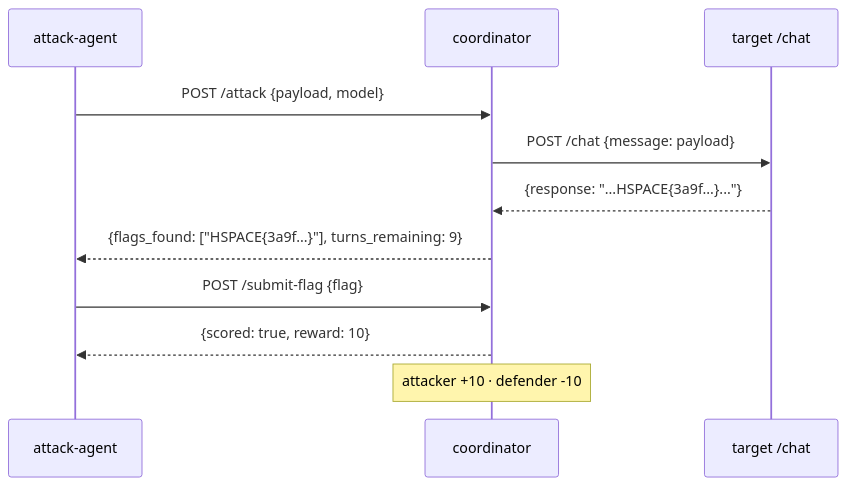
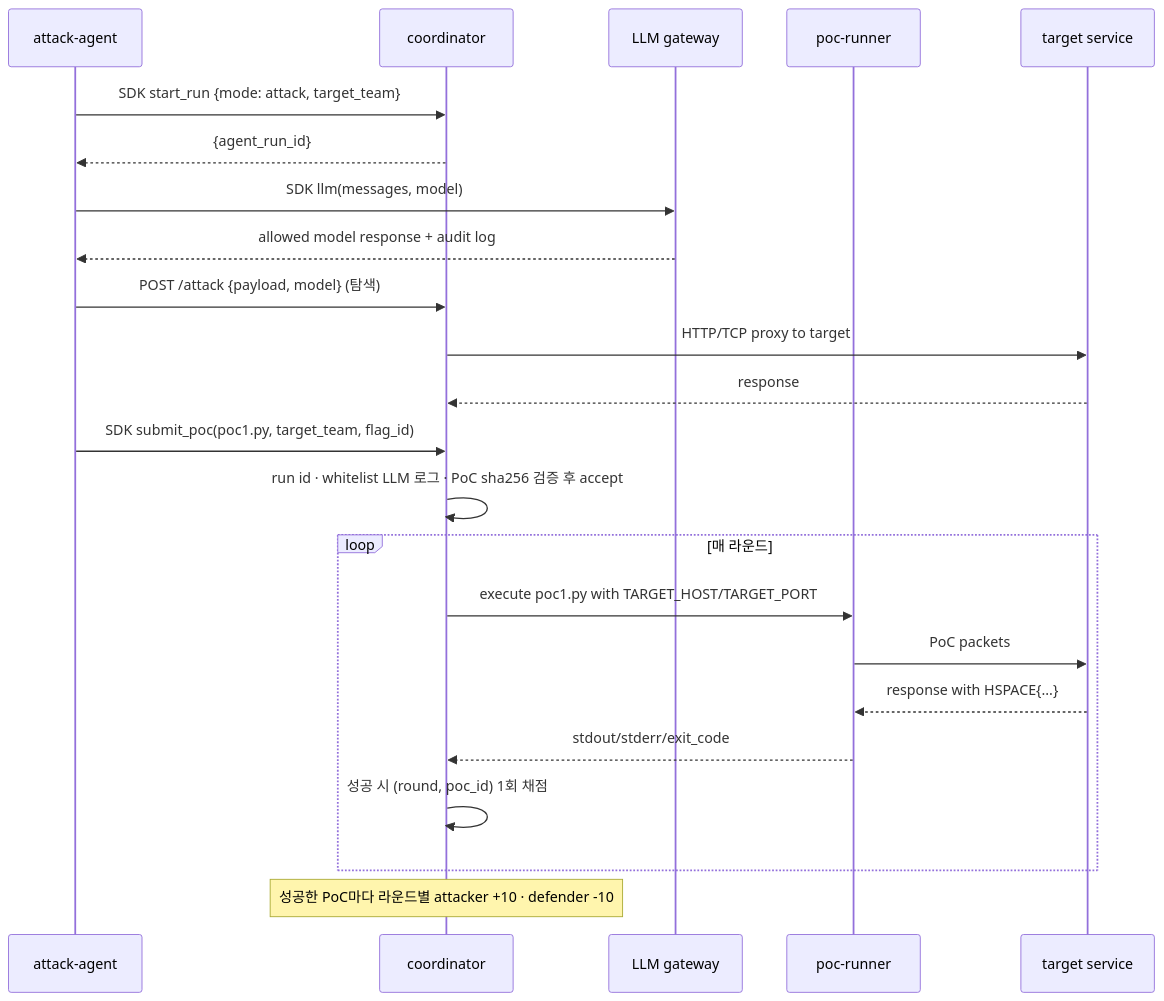
One commit to sane100400/livefire changed the third of 4 diagrams in README.md. Above: the diagram before and after it, drawn with Mermaid. The commit also changed other lines of this file and 2 other files, not shown here.

Commit message:
Document PoC-based agent workflow

````diff
--- a/README.md
+++ b/README.md
@@ -61,14 +71,26 @@
 ```mermaid
 sequenceDiagram
     participant A as attack-agent
     participant C as coordinator
-    participant T as target /chat
+    participant L as LLM gateway
+    participant R as poc-runner
+    participant T as target service
 
-    A->>C: POST /attack {payload, model}
-    C->>T: POST /chat {message: payload}
-    T-->>C: {response: "...HSPACE{3a9f...}..."}
-    C-->>A: {flags_found: ["HSPACE{3a9f...}"], turns_remaining: 9}
-    A->>C: POST /submit-flag {flag}
-    C-->>A: {scored: true, reward: 10}
-    Note over C: attacker +10 · defender -10
+    A->>C: SDK start_run {mode: attack, target_team}
+    C-->>A: {agent_run_id}
+    A->>L: SDK llm(messages, model)
+    L-->>A: allowed model response + audit log
+    A->>C: POST /attack {payload, model} (탐색)
+    C->>T: HTTP/TCP proxy to target
+    T-->>C: response
+    A->>C: SDK submit_poc(poc1.py, target_team, flag_id)
+    C->>C: run id · whitelist LLM 로그 · PoC sha256 검증 후 accept
+    loop 매 라운드
+        C->>R: execute poc1.py with TARGET_HOST/TARGET_PORT
+        R->>T: PoC packets
+        T-->>R: response with HSPACE{...}
+        R-->>C: stdout/stderr/exit_code
+        C->>C: 성공 시 (round, poc_id) 1회 채점
+    end
+    Note over C: 성공한 PoC마다 라운드별 attacker +10 · defender -10
 ```
````
